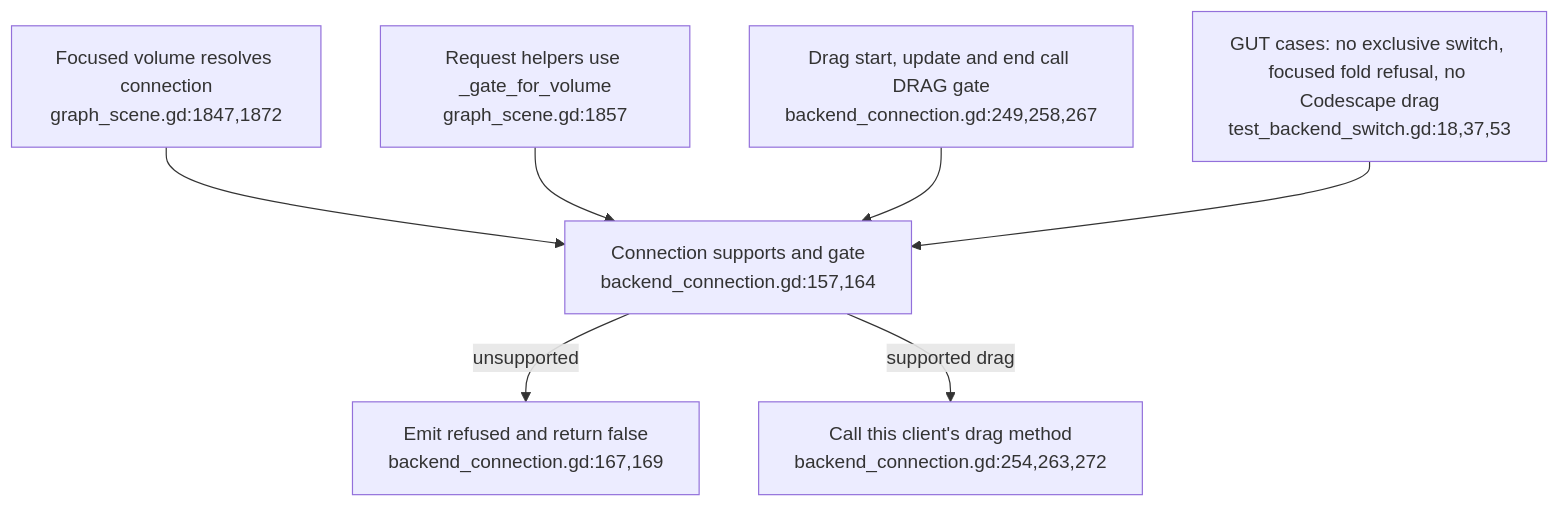
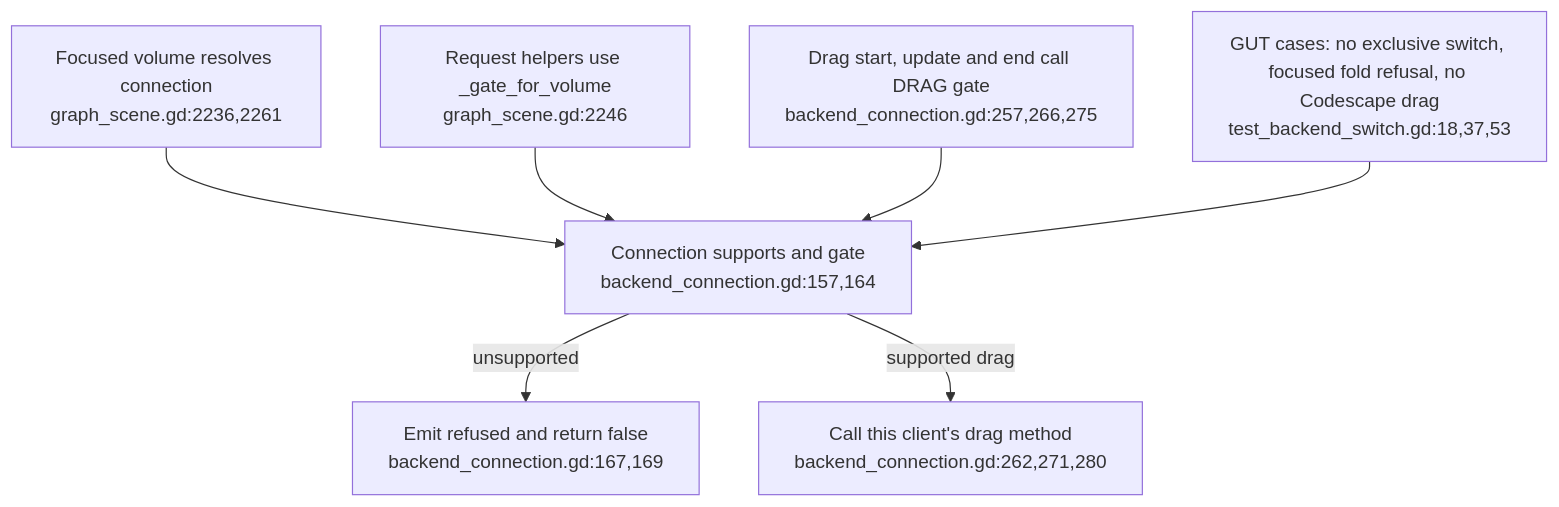
The second of 3 diagrams in docs/diagrams/visionclaw/44-xr-concurrent-backend-connections.md (DreamLab-AI/VisionFlow), drawn with Mermaid before and after one commit. The commit also changed other lines of this file and 56 other files, not shown here.

First line of the commit message:
docs(diagrams): re-verify VisionClaw topics at ec785afa9, add VC-19/56/57 and the VisionClaw register

````diff
--- a/docs/diagrams/visionclaw/44-xr-concurrent-backend-connections.md
+++ b/docs/diagrams/visionclaw/44-xr-concurrent-backend-connections.md
@@ -49,9 +53,9 @@
 ```mermaid
 flowchart TD
-    FOCUS["Focused volume resolves connection<br/>graph_scene.gd:1847,1872"] --> CAP["Connection supports and gate<br/>backend_connection.gd:157,164"]
-    REQ["Request helpers use _gate_for_volume<br/>graph_scene.gd:1857"] --> CAP
-    DRAG["Drag start, update and end call DRAG gate<br/>backend_connection.gd:249,258,267"] --> CAP
+    FOCUS["Focused volume resolves connection<br/>graph_scene.gd:2236,2261"] --> CAP["Connection supports and gate<br/>backend_connection.gd:157,164"]
+    REQ["Request helpers use _gate_for_volume<br/>graph_scene.gd:2246"] --> CAP
+    DRAG["Drag start, update and end call DRAG gate<br/>backend_connection.gd:257,266,275"] --> CAP
     CAP -->|unsupported| NO["Emit refused and return false<br/>backend_connection.gd:167,169"]
-    CAP -->|supported drag| SEND["Call this client's drag method<br/>backend_connection.gd:254,263,272"]
+    CAP -->|supported drag| SEND["Call this client's drag method<br/>backend_connection.gd:262,271,280"]
     TEST["GUT cases: no exclusive switch, focused fold refusal, no Codescape drag<br/>test_backend_switch.gd:18,37,53"] --> CAP
 ```
````
